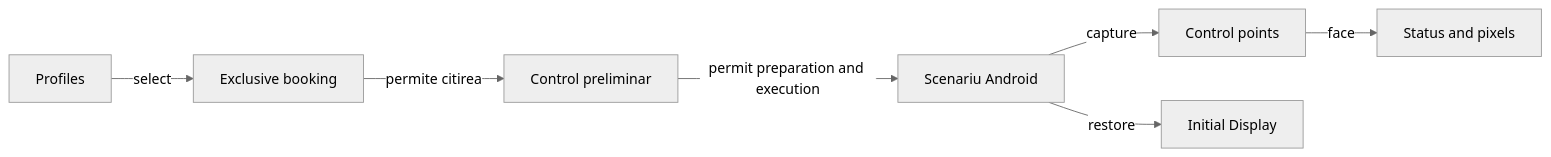
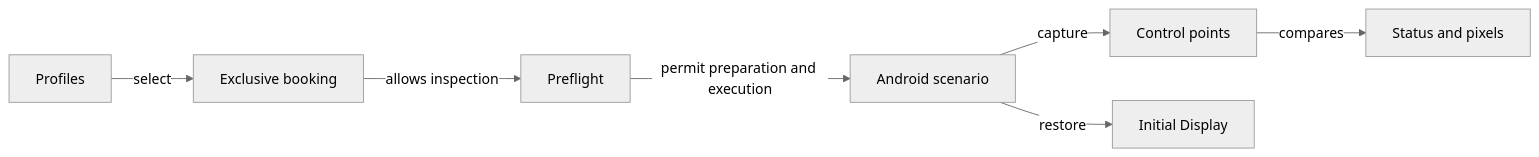
The diagram in docs/testing/ATF_Display.md (crististefanita/atf_j4), drawn with Mermaid (neutral theme) before and after one commit. The commit also changed other lines of this file and 126 other files, not shown here.

````diff
--- a/docs/testing/ATF_Display.md
+++ b/docs/testing/ATF_Display.md
@@ -9,9 +9,9 @@
 ```mermaid
 flowchart LR
     CONFIG[Profiles] -->|select| LEASE[Exclusive booking]
-    LEASE -->|permite citirea| PREFLIGHT[Control preliminar]
-    PREFLIGHT -->|permit preparation and execution| RUN[Scenariu Android]
+    LEASE -->|allows inspection| PREFLIGHT[Preflight]
+    PREFLIGHT -->|permit preparation and execution| RUN[Android scenario]
     RUN -->|capture| TRACE[Control points]
     RUN -->|restore| DISPLAY[Initial Display]
-    TRACE -->|face| AUDIT[Status and pixels]
+    TRACE -->|compares| AUDIT[Status and pixels]
 ```
````
